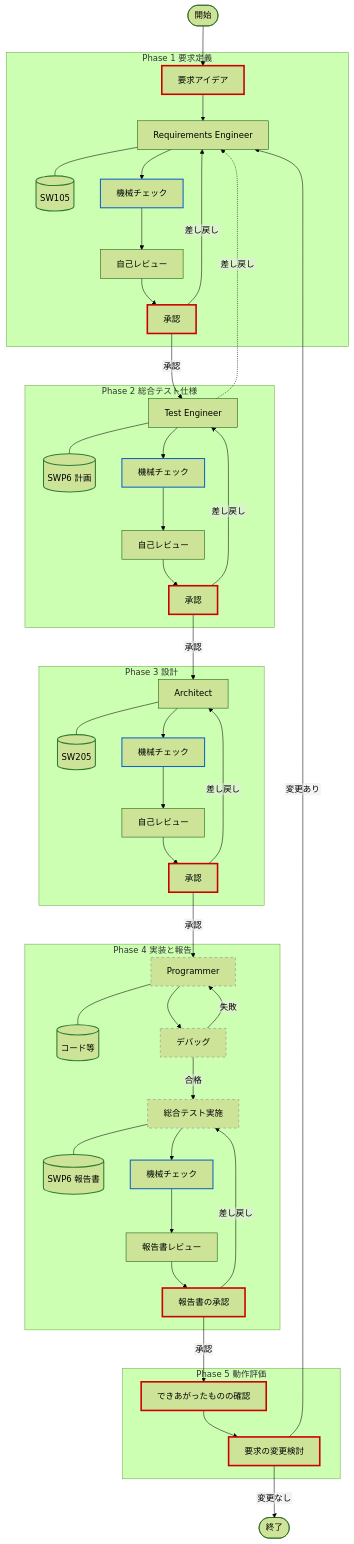
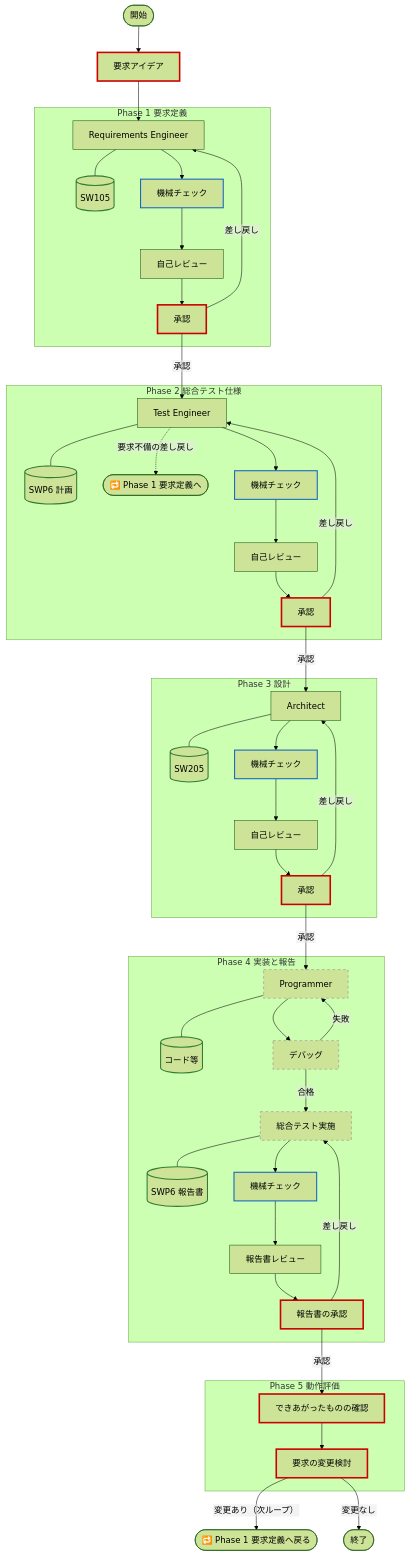
The first of 7 diagrams in README.md (yamaPiT/DADAProcess), drawn with Mermaid (forest theme) before and after one commit. The commit also changed other lines of this file and 53 other files, not shown here.

Commit message:
docs(artifacts): save Phase 1-5 DADA development artifacts and test suite for enhance_review_agent

````diff
--- a/README.md
+++ b/README.md
@@ -560,10 +571,11 @@
 ```mermaid
 %%{init: {"flowchart": {"htmlLabels": false, "wrappingWidth": 999}}}%%
-graph TD
+flowchart TD
     Start(["開始"]) --> UserReq["要求アイデア"]
+    UserReq --> Req
 
     subgraph P1 ["Phase 1 要求定義"]
-        UserReq --> Req["Requirements Engineer"]
+        Req["Requirements Engineer"]
         Req --- ReqDoc[("SW105")]
         Req --> ReqChk["機械チェック"]
         ReqChk --> ReqRev["自己レビュー"]
@@ -571,18 +583,22 @@
         ReqHum -->|差し戻し| Req
     end
 
+    ReqHum -->|承認| TestPlan
+
     subgraph P2 ["Phase 2 総合テスト仕様"]
-        ReqHum -->|承認| TestPlan["Test Engineer"]
+        TestPlan["Test Engineer"]
         TestPlan --- TestDoc[("SWP6 計画")]
+        TestPlan -.->|要求不備の差し戻し| BackP1(["🔁 Phase 1 要求定義へ"])
         TestPlan --> TestChk["機械チェック"]
         TestChk --> TestRev["自己レビュー"]
         TestRev --> TestHum["承認"]
         TestHum -->|差し戻し| TestPlan
     end
-    TestPlan -.->|差し戻し| Req
+
+    TestHum -->|承認| Arch
 
     subgraph P3 ["Phase 3 設計"]
-        TestHum -->|承認| Arch["Architect"]
+        Arch["Architect"]
         Arch --- ArchDoc[("SW205")]
         Arch --> ArchChk["機械チェック"]
         ArchChk --> ArchRev["自己レビュー"]
@@ -590,8 +606,10 @@
         ArchHum -->|差し戻し| Arch
     end
 
+    ArchHum -->|承認| Impl
+
     subgraph P4 ["Phase 4 実装と報告"]
-        ArchHum -->|承認| Impl["Programmer"]
+        Impl["Programmer"]
         Impl --- ProgDoc[("コード等")]
         Impl --> ImplLoop["デバッグ"]
         ImplLoop -->|失敗| Impl
@@ -603,20 +621,33 @@
         ReportHum -->|差し戻し| SysTest
     end
 
+    ReportHum -->|承認| Eval1
+
     subgraph P5 ["Phase 5 動作評価"]
-        ReportHum -->|承認| Eval1["できあがったものの確認"]
+        Eval1["できあがったものの確認"]
         Eval1 --> Eval2["要求の変更検討"]
     end
-    Eval2 -->|変更あり| Req
+
+    Eval2 -->|変更あり（次ループ）| NextP1(["🔁 Phase 1 要求定義へ戻る"])
     Eval2 -->|変更なし| End(["終了"])
 
-    classDef human stroke:#cc0000,stroke-width:3px;
-    classDef tool stroke:#1565c0,stroke-width:2px;
-    classDef doc stroke:#2e7d32,stroke-width:2px;
-    classDef hiddenAgent stroke:#888888,stroke-width:1px,stroke-dasharray: 5 5;
-
-    class UserReq,ReqHum,ArchHum,TestHum,ReportHum,Eval1,Eval2 human;
-    class ReqChk,TestChk,ArchChk,CodeChk tool;
-    class Impl,ImplLoop,SysTest hiddenAgent;
-    class ReqDoc,ArchDoc,ProgDoc,TestDoc,ReportDoc doc;
+    style UserReq stroke:#cc0000,stroke-width:3px
+    style ReqHum stroke:#cc0000,stroke-width:3px
+    style TestHum stroke:#cc0000,stroke-width:3px
+    style ArchHum stroke:#cc0000,stroke-width:3px
+    style ReportHum stroke:#cc0000,stroke-width:3px
+    style Eval1 stroke:#cc0000,stroke-width:3px
+    style Eval2 stroke:#cc0000,stroke-width:3px
+    style ReqChk stroke:#1565c0,stroke-width:2px
+    style TestChk stroke:#1565c0,stroke-width:2px
+    style ArchChk stroke:#1565c0,stroke-width:2px
+    style CodeChk stroke:#1565c0,stroke-width:2px
+    style Impl stroke:#888888,stroke-width:1px,stroke-dasharray: 5 5
+    style ImplLoop stroke:#888888,stroke-width:1px,stroke-dasharray: 5 5
+    style SysTest stroke:#888888,stroke-width:1px,stroke-dasharray: 5 5
+    style ReqDoc stroke:#2e7d32,stroke-width:2px
+    style TestDoc stroke:#2e7d32,stroke-width:2px
+    style ArchDoc stroke:#2e7d32,stroke-width:2px
+    style ProgDoc stroke:#2e7d32,stroke-width:2px
+    style ReportDoc stroke:#2e7d32,stroke-width:2px
 ```
````
